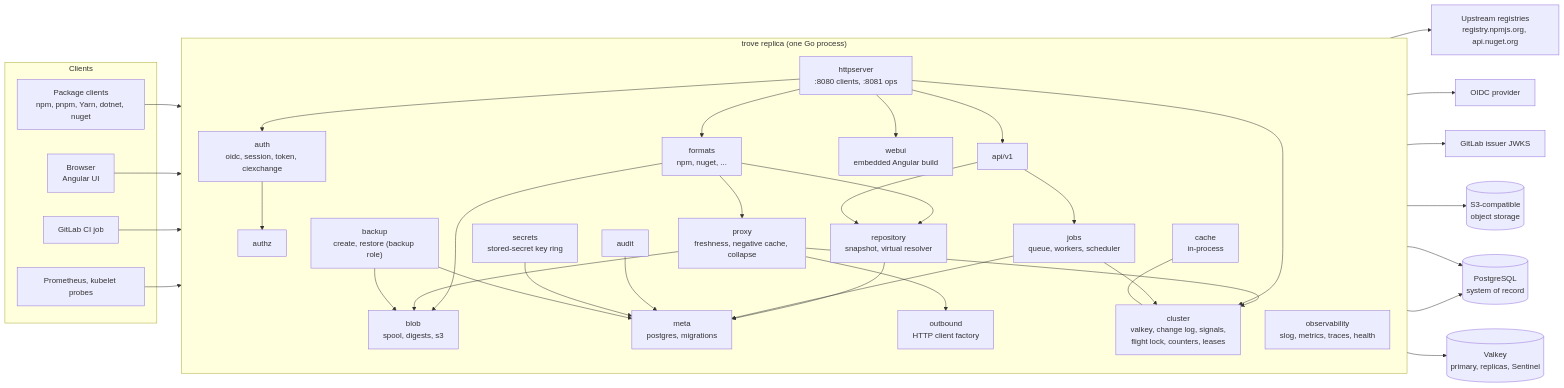
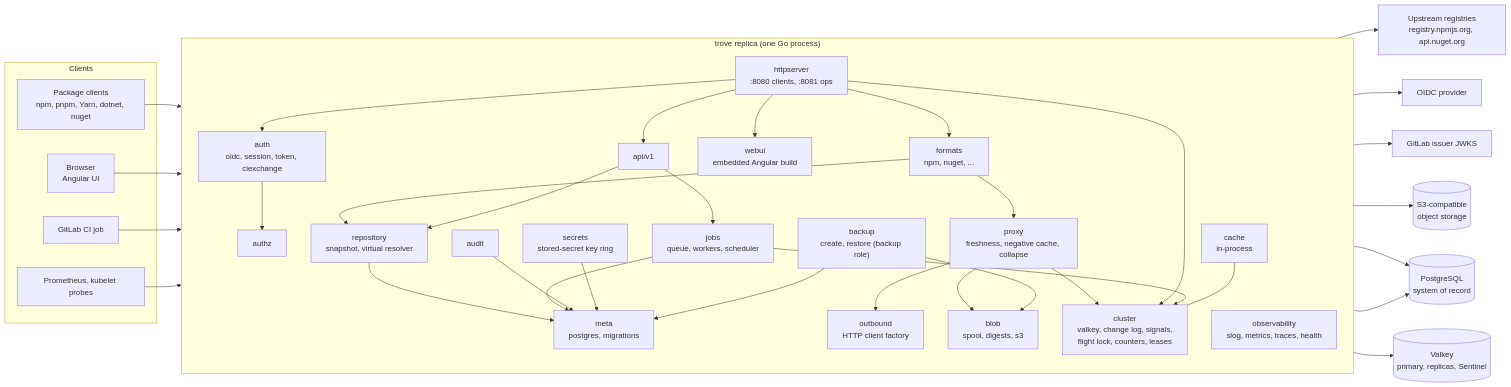
One commit to guided-traffic/trove changed the first of 2 diagrams in docs/spec/architecture.md. Above: the diagram before and after it, drawn with Mermaid. The commit also changed other lines of this file and 21 other files, not shown here.

````diff
--- a/docs/spec/architecture.md
+++ b/docs/spec/architecture.md
@@ -202,70 +202,69 @@
 ```mermaid
 flowchart LR
   subgraph Clients
     PM["Package clients<br/>npm, pnpm, Yarn, dotnet, nuget"]
     BR["Browser<br/>Angular UI"]
     CI["GitLab CI job"]
     PR["Prometheus, kubelet probes"]
   end
   subgraph Replica["trove replica (one Go process)"]
     direction TB
     HS["httpserver<br/>:8080 clients, :8081 ops"]
     AN["auth<br/>oidc, session, token, ciexchange"]
     AZ["authz"]
     API["api/v1"]
     UI["webui<br/>embedded Angular build"]
     FM["formats<br/>npm, nuget, ..."]
     RP["repository<br/>snapshot, virtual resolver"]
     PX["proxy<br/>freshness, negative cache, collapse"]
     BL["blob<br/>spool, digests, s3"]
     MT["meta<br/>postgres, migrations"]
     CL["cluster<br/>valkey, change log, signals,<br/>flight lock, counters, leases"]
     CA["cache<br/>in-process"]
     JB["jobs<br/>queue, workers, scheduler"]
     AU["audit"]
     BK["backup<br/>create, restore (backup role)"]
     OB["observability<br/>slog, metrics, traces, health"]
     OUT["outbound<br/>HTTP client factory"]
     SE["secrets<br/>stored-secret key ring"]
   end
   PG[("PostgreSQL<br/>system of record")]
   VK[("Valkey<br/>primary, replicas, Sentinel")]
   S3[("S3-compatible<br/>object storage")]
   IDP["OIDC provider"]
   GL["GitLab issuer JWKS"]
   UP["Upstream registries<br/>registry.npmjs.org, api.nuget.org"]
 
   PM --> HS
   BR --> HS
   CI --> HS
   PR --> HS
   HS --> AN
   AN --> AZ
   HS --> API
   HS --> UI
   HS --> FM
   FM --> RP
   FM --> PX
-  FM --> BL
   API --> RP
   API --> JB
   RP --> MT
   PX --> OUT
   PX --> BL
   OUT --> UP
   OUT --> IDP
   OUT --> GL
   BL --> S3
   MT --> PG
   CL --> PG
   CL --> VK
   PX --> CL
   HS --> CL
   JB --> CL
   CA --- CL
   JB --> MT
   AU --> MT
   SE --> MT
   BK --> MT
   BK --> BL
 ```
````
